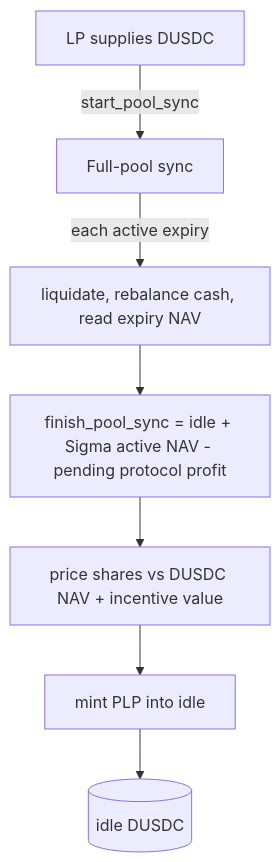
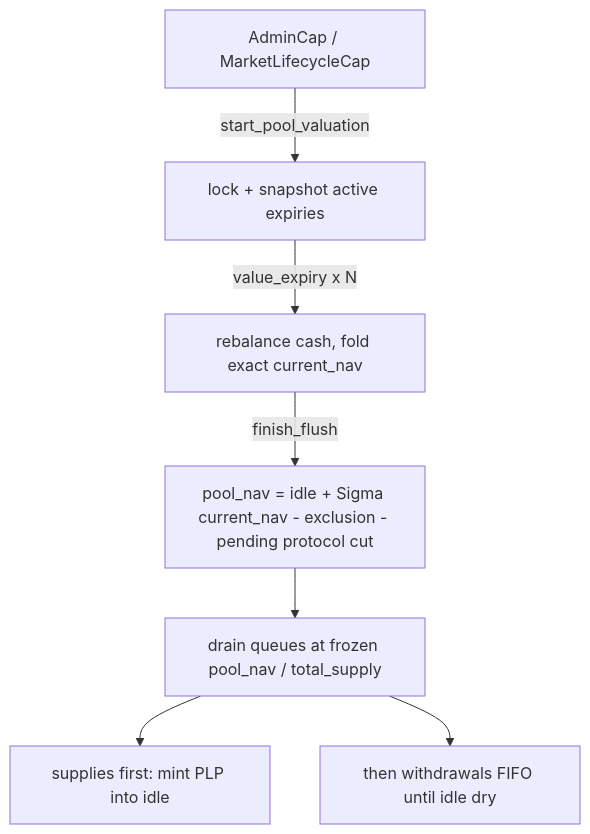
One commit to MystenLabs/deepbookv3 changed the diagram in packages/predict/docs/concepts/liquidity-and-nav.md. Above: the diagram before and after it, drawn with Mermaid. The commit also changed other lines of this file and 236 other files, not shown here.

````diff
--- a/packages/predict/docs/concepts/liquidity-and-nav.md
+++ b/packages/predict/docs/concepts/liquidity-and-nav.md
@@ -41,9 +74,9 @@
 ```mermaid
 flowchart TD
-  LP[LP supplies DUSDC] -->|start_pool_sync| SYNC[Full-pool sync]
-  SYNC -->|each active expiry| EXP[liquidate, rebalance cash, read expiry NAV]
-  EXP --> FIN[finish_pool_sync = idle + Sigma active NAV - pending protocol profit]
-  FIN --> PRICE[price shares vs DUSDC NAV + incentive value]
-  PRICE --> MINT[mint PLP into idle]
-  MINT --> IDLE[(idle DUSDC)]
+  CAP[AdminCap / MarketLifecycleCap] -->|start_pool_valuation| LOCK[lock + snapshot active expiries]
+  LOCK -->|value_expiry x N| EXP[rebalance cash, fold exact current_nav]
+  EXP -->|finish_flush| NAV[pool_nav = idle + Sigma current_nav - exclusion - pending protocol cut]
+  NAV --> DRAIN[drain queues at frozen pool_nav / total_supply]
+  DRAIN --> SUP[supplies first: mint PLP into idle]
+  DRAIN --> WD[then withdrawals FIFO until idle dry]
 ```
````
